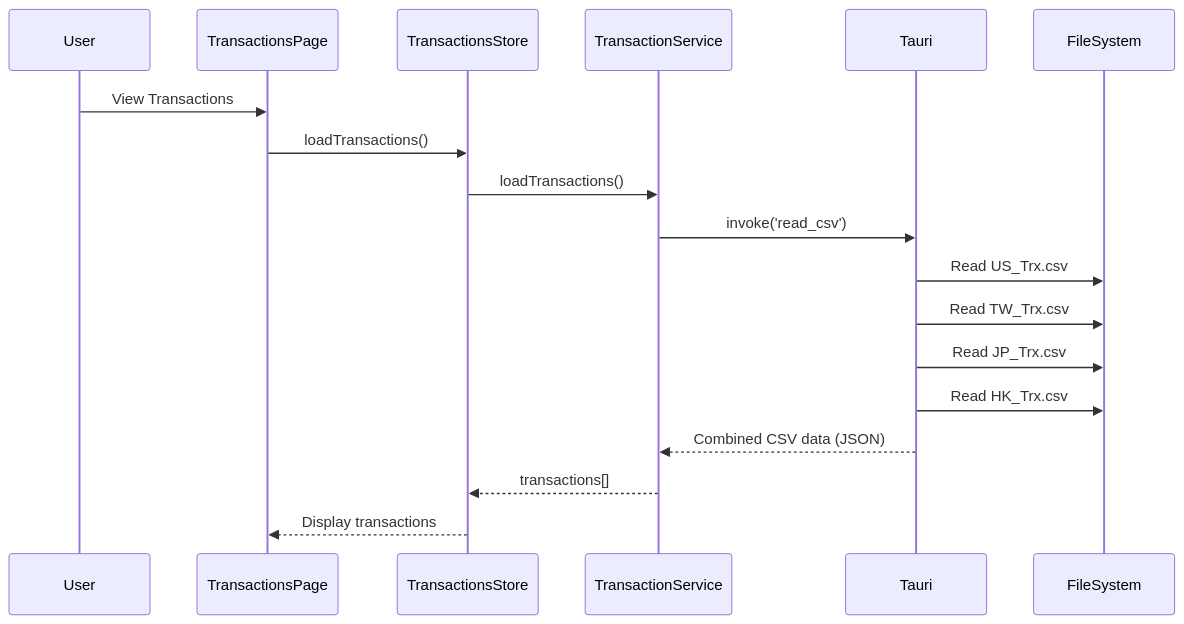
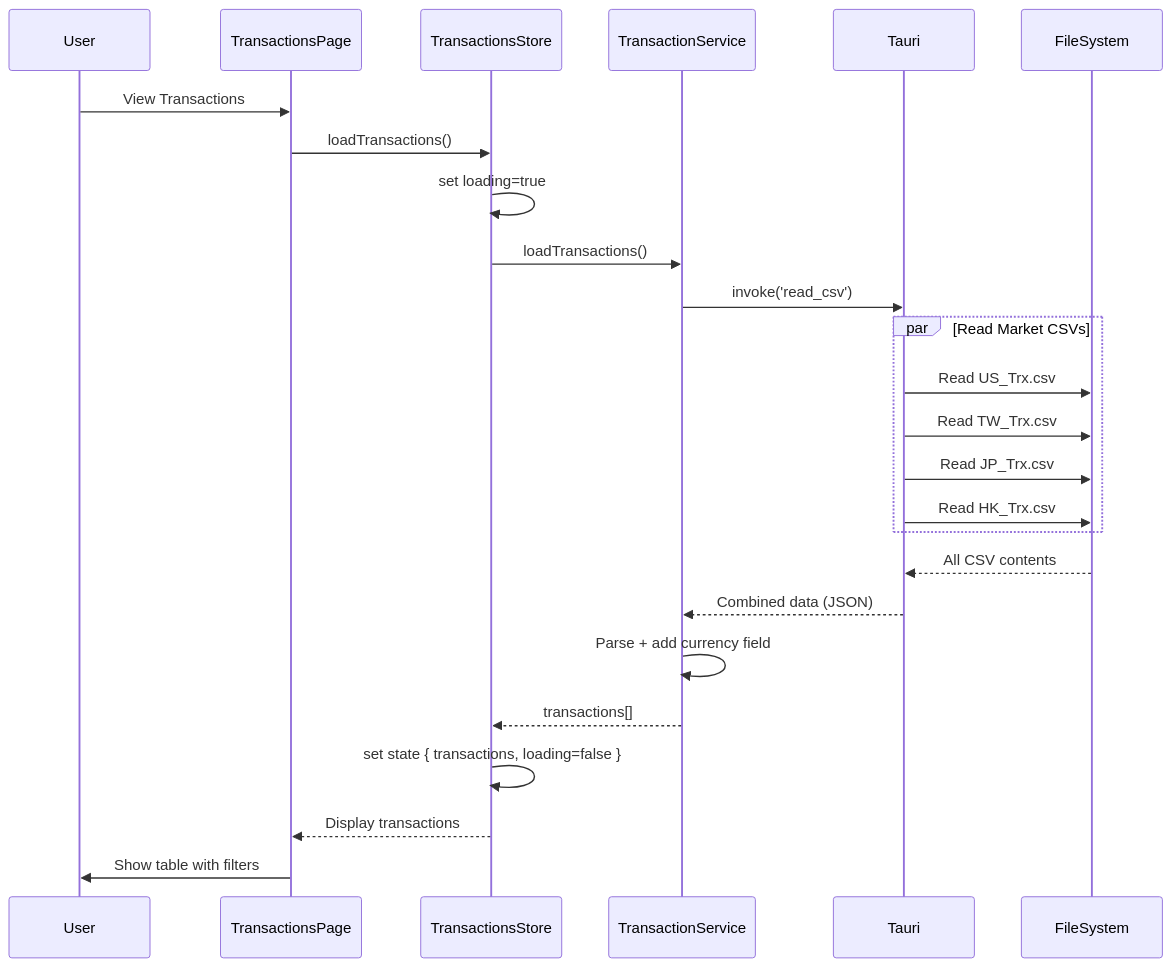
The fourth of 4 diagrams in CLAUDE.md (7kfpun/portfolio), drawn with Mermaid before and after one commit. The commit also changed other lines of this file and 43 other files, not shown here.

````diff
--- a/CLAUDE.md
+++ b/CLAUDE.md
@@ -175,23 +389,33 @@
 ```mermaid
 sequenceDiagram
     participant User
     participant TransactionsPage
     participant TransactionsStore
     participant TransactionService
     participant Tauri
     participant FileSystem
 
     User->>TransactionsPage: View Transactions
     TransactionsPage->>TransactionsStore: loadTransactions()
+    TransactionsStore->>TransactionsStore: set loading=true
+    
     TransactionsStore->>TransactionService: loadTransactions()
     TransactionService->>Tauri: invoke('read_csv')
     
-    Tauri->>FileSystem: Read US_Trx.csv
-    Tauri->>FileSystem: Read TW_Trx.csv
-    Tauri->>FileSystem: Read JP_Trx.csv
-    Tauri->>FileSystem: Read HK_Trx.csv
+    par Read Market CSVs
+        Tauri->>FileSystem: Read US_Trx.csv
+        Tauri->>FileSystem: Read TW_Trx.csv
+        Tauri->>FileSystem: Read JP_Trx.csv
+        Tauri->>FileSystem: Read HK_Trx.csv
+    end
     
-    Tauri-->>TransactionService: Combined CSV data (JSON)
+    FileSystem-->>Tauri: All CSV contents
+    Tauri-->>TransactionService: Combined data (JSON)
+    
+    TransactionService->>TransactionService: Parse + add currency field
     TransactionService-->>TransactionsStore: transactions[]
+    
+    TransactionsStore->>TransactionsStore: set state { transactions, loading=false }
     TransactionsStore-->>TransactionsPage: Display transactions
+    TransactionsPage->>User: Show table with filters
 ```
````
